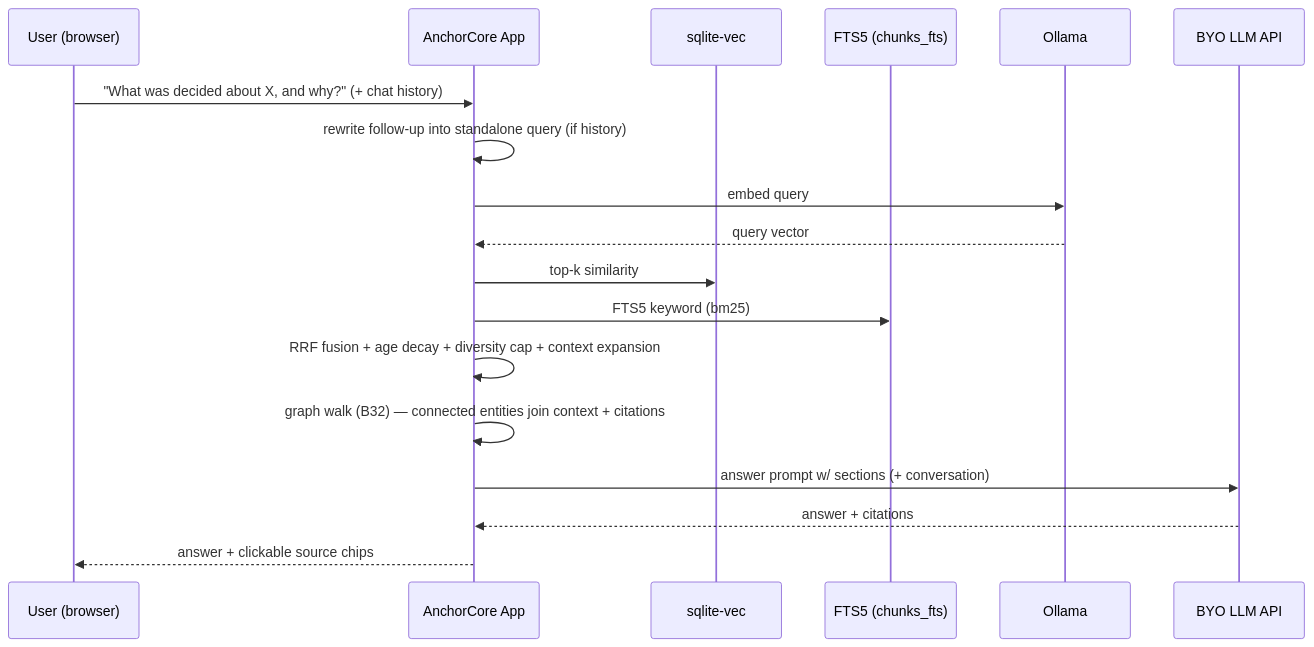
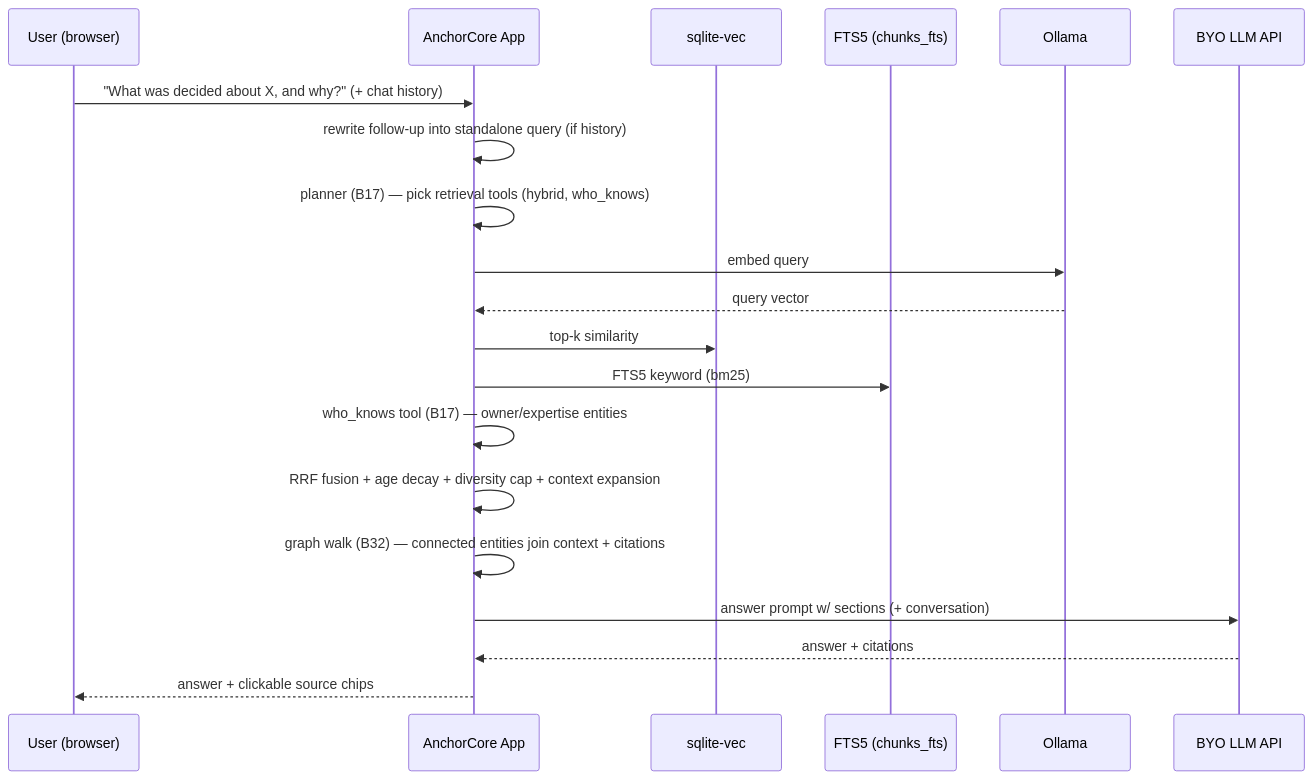
One commit to Atsirkunov/anchorcore changed the third of 4 diagrams in docs/architecture.md. Above: the diagram before and after it, drawn with Mermaid. The commit also changed other lines of this file and 3 other files, not shown here.

````diff
--- a/docs/architecture.md
+++ b/docs/architecture.md
@@ -66,21 +66,23 @@
 ```mermaid
 sequenceDiagram
     participant U as User (browser)
     participant A as AnchorCore App
     participant V as sqlite-vec
     participant F as FTS5 (chunks_fts)
     participant O as Ollama
     participant M as BYO LLM API
 
     U->>A: "What was decided about X, and why?" (+ chat history)
     A->>A: rewrite follow-up into standalone query (if history)
+    A->>A: planner (B17) — pick retrieval tools (hybrid, who_knows)
     A->>O: embed query
     O-->>A: query vector
     A->>V: top-k similarity
     A->>F: FTS5 keyword (bm25)
+    A->>A: who_knows tool (B17) — owner/expertise entities
     A->>A: RRF fusion + age decay + diversity cap + context expansion
     A->>A: graph walk (B32) — connected entities join context + citations
     A->>M: answer prompt w/ sections (+ conversation)
     M-->>A: answer + citations
     A-->>U: answer + clickable source chips
 ```
````
